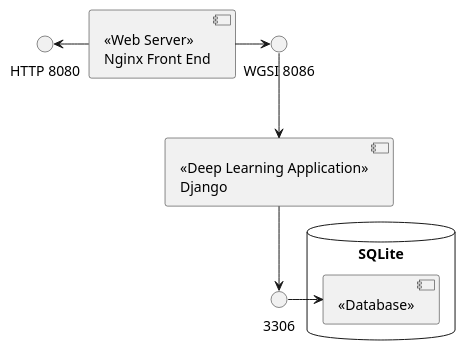
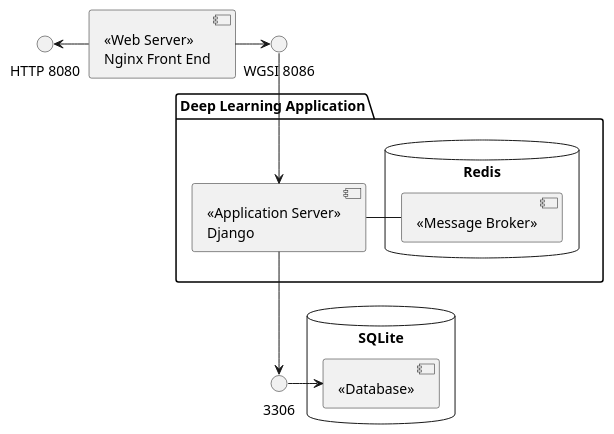
The diagram in design/ComponentDiag.pu (rachit-ranjan16/Kiera), drawn with PlantUML before and after one commit. The commit also changed 7 other files, not shown here.

Commit message:
Updated URLs Removed admin url Added skeleton for deep learning Added SQLite Added Appconfig

```diff
--- a/design/ComponentDiag.pu
+++ b/design/ComponentDiag.pu
@@ -1,17 +1,24 @@
 @startuml
 
 [<<Web Server>>\nNginx Front End] as Nginx
-[<<Deep Learning Application>>\nDjango] as Django
+
+package "Deep Learning Application" {
+    [<<Application Server>>\nDjango] as Django
+    database "Redis" {
+        [<<Message Broker>>] as MB
+    }
+}
 database "SQLite" {
  [<<Database>>] as DB
 }
 interface "HTTP 8080" as HTTP
 interface "WGSI 8086" as DjServer
 interface "3306" as DBPort
 Nginx -left-> HTTP
 Nginx -right-> DjServer
 DjServer -down-> Django
 Django -down-> DBPort
+Django -right- MB
 DBPort -right-> DB
 
 @enduml
```
